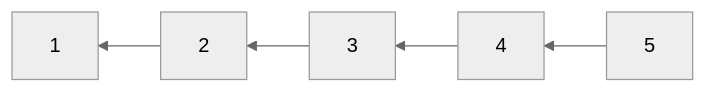
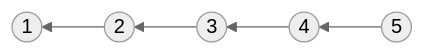
One commit to russhustle/leetpattern changed the second of 4 diagrams in docs/blind75/linked_list.md. Above: the diagram before and after it, drawn with Mermaid (neutral theme). The commit also changed other lines of this file and 8 other files, not shown here.

````diff
--- a/docs/blind75/linked_list.md
+++ b/docs/blind75/linked_list.md
@@ -29,7 +29,7 @@
 ```mermaid
 graph RL
-E[5] --> D[4]
-D --> C[3]
-C --> B[2]
-B --> A[1]
+E((5)) --> D((4))
+D --> C((3))
+C --> B((2))
+B --> A((1))
 ```
````
